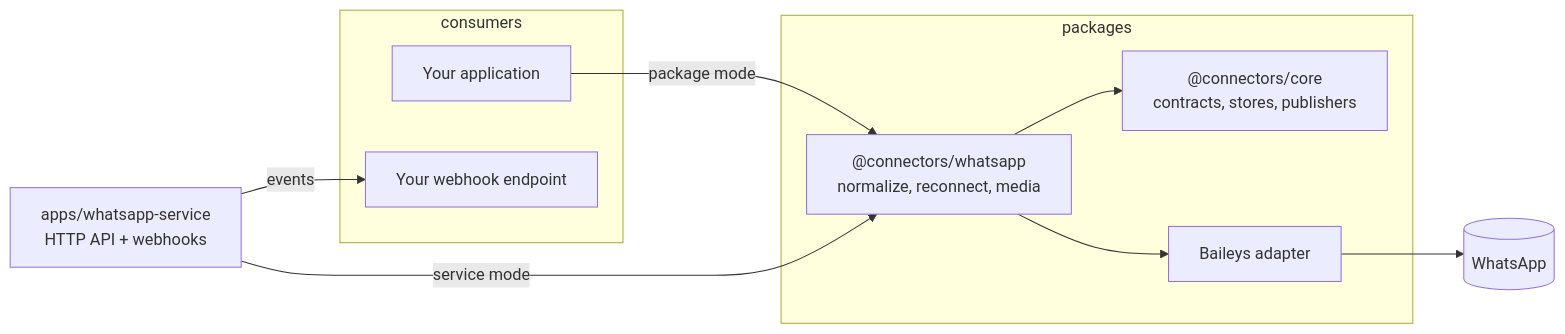
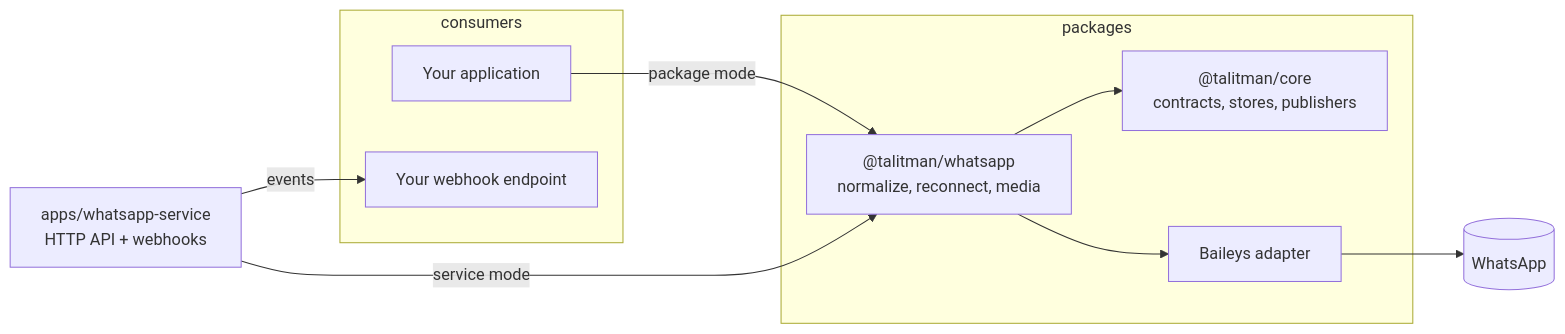
Before and after one commit to talitman/connectors: the diagram in README.md, drawn with Mermaid. The commit also changed other lines of this file and 52 other files, not shown here.

````diff
--- a/README.md
+++ b/README.md
@@ -9,20 +9,20 @@
 ```mermaid
 flowchart LR
   subgraph consumers
     App[Your application]
     Hook[Your webhook endpoint]
   end
   subgraph packages
-    Core["@connectors/core<br/>contracts, stores, publishers"]
-    WA["@connectors/whatsapp<br/>normalize, reconnect, media"]
+    Core["@talitman/core<br/>contracts, stores, publishers"]
+    WA["@talitman/whatsapp<br/>normalize, reconnect, media"]
     Baileys[Baileys adapter]
   end
   Service["apps/whatsapp-service<br/>HTTP API + webhooks"]
   WhatsApp[(WhatsApp)]
 
   App -- "package mode" --> WA
   Service -- "service mode" --> WA
   Service -- events --> Hook
   WA --> Core
   WA --> Baileys --> WhatsApp
 ```
````
